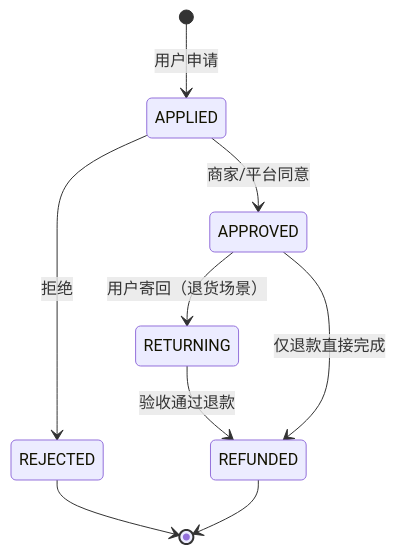
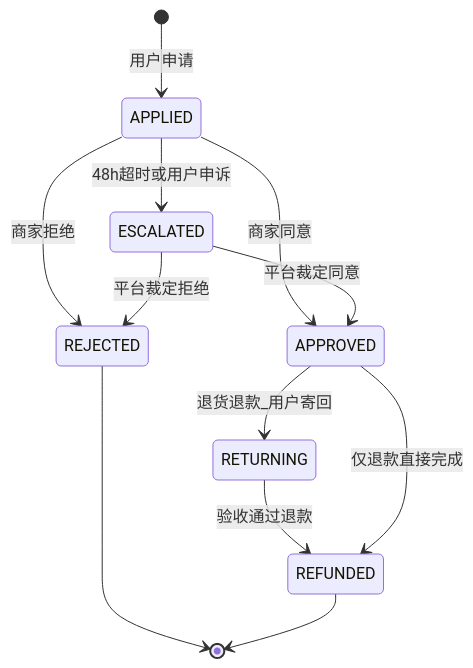
The fourth of 4 diagrams in docs/domain/DOMAIN_MODEL.md (HMirror123456/ecommerce-platform), drawn with Mermaid before and after one commit. The commit also changed other lines of this file and 16 other files, not shown here.

````diff
--- a/docs/domain/DOMAIN_MODEL.md
+++ b/docs/domain/DOMAIN_MODEL.md
@@ -145,11 +183,14 @@
 ```mermaid
 stateDiagram-v2
     [*] --> APPLIED: 用户申请
-    APPLIED --> APPROVED: 商家/平台同意
-    APPLIED --> REJECTED: 拒绝
-    APPROVED --> RETURNING: 用户寄回（退货场景）
+    APPLIED --> APPROVED: 商家同意
+    APPLIED --> REJECTED: 商家拒绝
+    APPLIED --> ESCALATED: 48h超时或用户申诉
+    ESCALATED --> APPROVED: 平台裁定同意
+    ESCALATED --> REJECTED: 平台裁定拒绝
+    APPROVED --> RETURNING: 退货退款_用户寄回
     RETURNING --> REFUNDED: 验收通过退款
     APPROVED --> REFUNDED: 仅退款直接完成
     REJECTED --> [*]
     REFUNDED --> [*]
 ```
````
